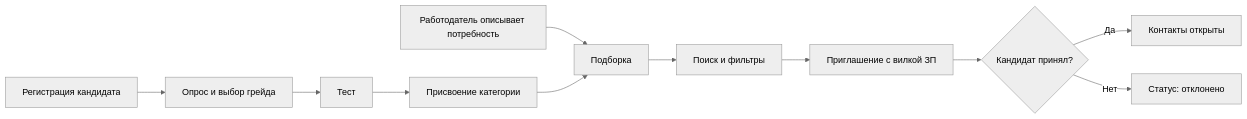
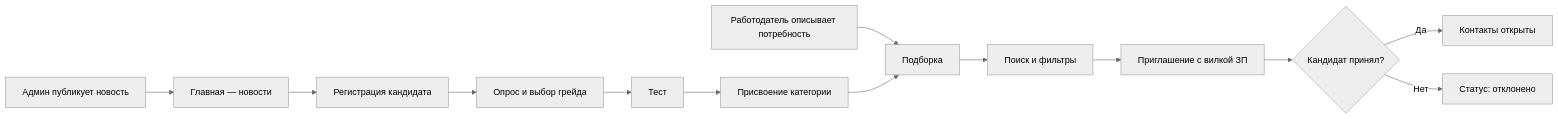
The diagram in _docs/screens.md (PRANGATE/hhhakaton_programing_sport_zzz), drawn with Mermaid (neutral theme) before and after one commit. The commit also changed other lines of this file and 20 other files, not shown here.

````diff
--- a/_docs/screens.md
+++ b/_docs/screens.md
@@ -188,13 +223,15 @@
 ```mermaid
 flowchart LR
-    A[Регистрация кандидата] --> B[Опрос и выбор грейда]
-    B --> C[Тест]
-    C --> D[Присвоение категории]
-    E[Работодатель описывает потребность] --> F[Подборка]
-    D --> F
-    F --> G[Поиск и фильтры]
-    G --> H[Приглашение с вилкой ЗП]
-    H --> I{Кандидат принял?}
-    I -- Да --> J[Контакты открыты]
-    I -- Нет --> K[Статус: отклонено]
+    A[Главная — новости] --> B[Регистрация кандидата]
+    B --> C[Опрос и выбор грейда]
+    C --> D[Тест]
+    D --> E[Присвоение категории]
+    F[Работодатель описывает потребность] --> G[Подборка]
+    E --> G
+    G --> H[Поиск и фильтры]
+    H --> I[Приглашение с вилкой ЗП]
+    I --> J{Кандидат принял?}
+    J -- Да --> K[Контакты открыты]
+    J -- Нет --> L[Статус: отклонено]
+    M[Админ публикует новость] --> A
 ```
````
